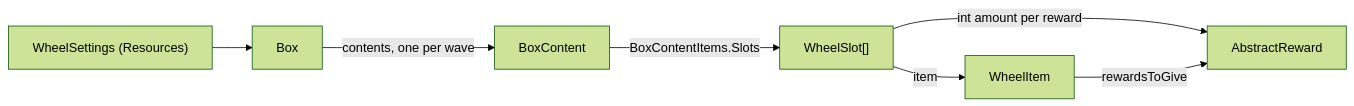
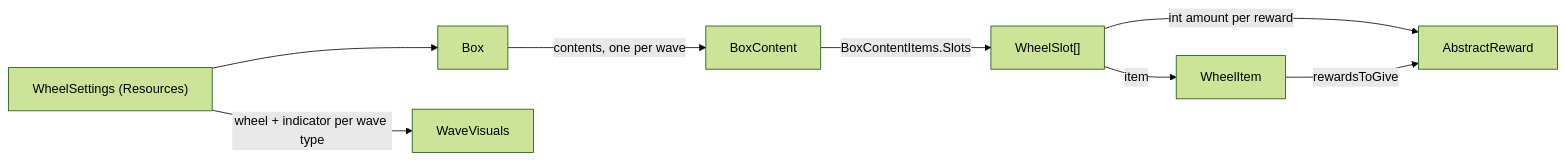
One commit to furkantokkan/Furkan-Tokkan-Vertigo changed the first of 2 diagrams in README.md. Above: the diagram before and after it, drawn with Mermaid (forest theme). The commit also changed other lines of this file and 6 other files, not shown here.

First line of the commit message:
Move wheel and indicator art from boxes into WheelSettings

````diff
--- a/README.md
+++ b/README.md
@@ -75,9 +76,10 @@
 ```mermaid
 flowchart LR
     Settings["WheelSettings (Resources)"] --> Box
+    Settings -->|"wheel + indicator per wave type"| Visuals[WaveVisuals]
     Box -->|"contents, one per wave"| Wave[BoxContent]
     Wave -->|"BoxContentItems.Slots"| Slot["WheelSlot[]"]
     Slot -->|item| Item[WheelItem]
     Slot -->|"int amount per reward"| Reward[AbstractReward]
     Item -->|rewardsToGive| Reward
 ```
````
